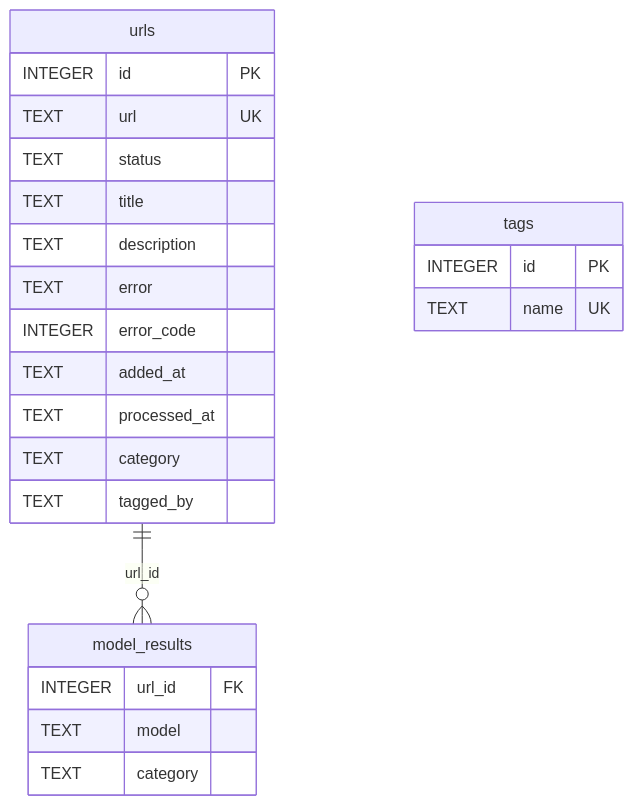
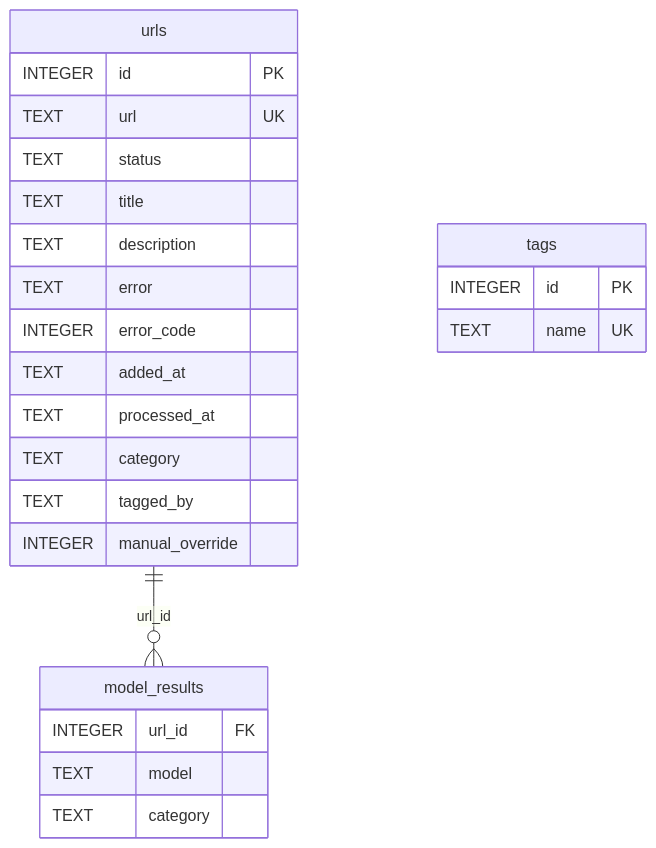
Before and after one commit to ioncat/web-page-classifier: the fourth of 4 diagrams in README.md, drawn with Mermaid. The commit also changed other lines of this file and 24 other files, not shown here.

First line of the commit message:
feat: taxonomy enforcement, domain rules, manual_override, Web UI improvements

````diff
--- a/README.md
+++ b/README.md
@@ -511,26 +554,27 @@
 ```mermaid
 erDiagram
     urls {
         INTEGER id PK
         TEXT url UK
         TEXT status
         TEXT title
         TEXT description
         TEXT error
         INTEGER error_code
         TEXT added_at
         TEXT processed_at
         TEXT category
         TEXT tagged_by
+        INTEGER manual_override
     }
     tags {
         INTEGER id PK
         TEXT name UK
     }
     model_results {
         INTEGER url_id FK
         TEXT model
         TEXT category
     }
     urls ||--o{ model_results : "url_id"
 ```
````
